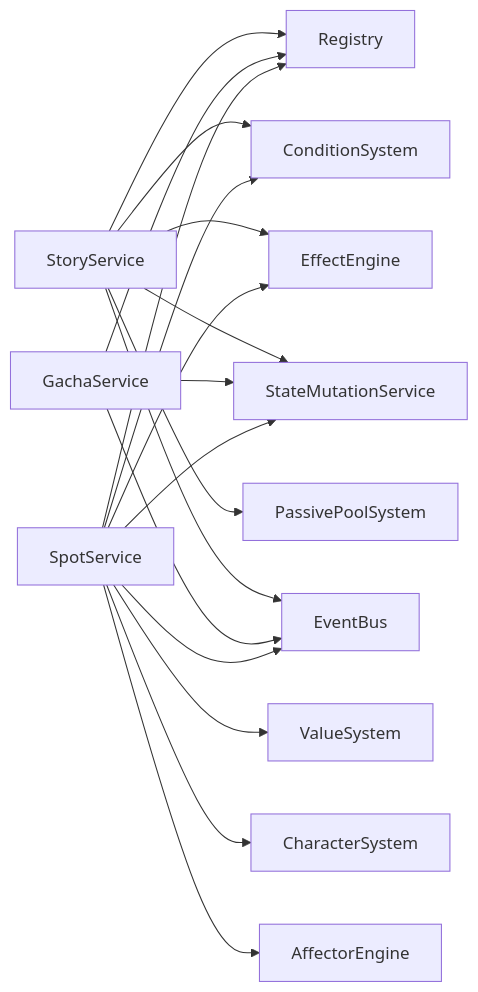
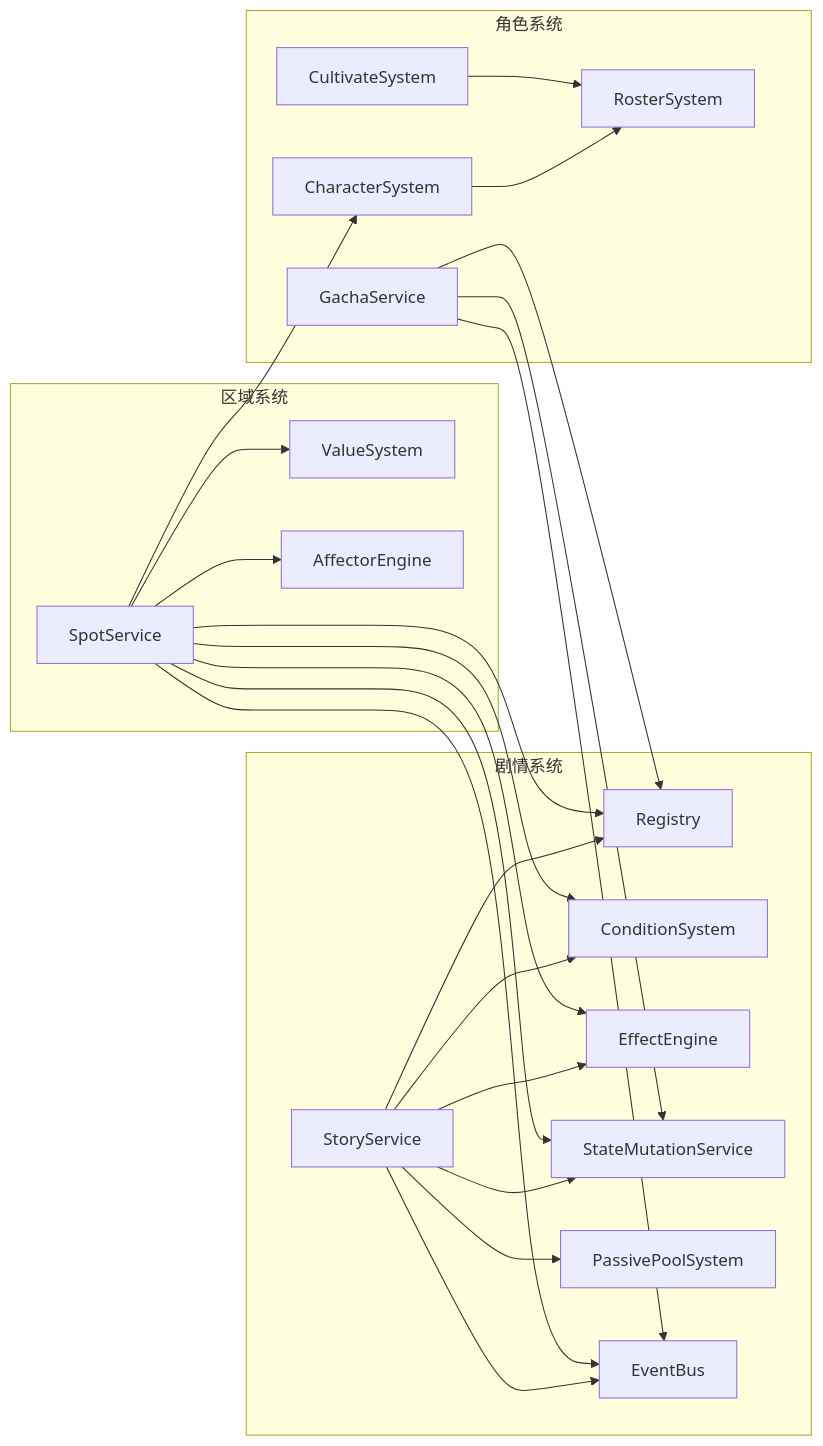
The sixth of 6 diagrams in .qoder/repowiki/zh/content/游戏系统/游戏系统.md (EsiLA9/Arona-Clicker), drawn with Mermaid before and after one commit. The commit also changed other lines of this file and 45 other files, not shown here.

````diff
--- a/.qoder/repowiki/zh/content/游戏系统/游戏系统.md
+++ b/.qoder/repowiki/zh/content/游戏系统/游戏系统.md
@@ -363,20 +345,28 @@
 ```mermaid
 graph LR
+subgraph "剧情系统"
 SS["StoryService"] --> REG["Registry"]
 SS --> CSYS["ConditionSystem"]
 SS --> EE["EffectEngine"]
 SS --> MS["StateMutationService"]
 SS --> PP["PassivePoolSystem"]
 SS --> EB["EventBus"]
+end
+subgraph "角色系统"
+CS["CharacterSystem"] --> RS["RosterSystem"]
 GS["GachaService"] --> REG
 GS --> MS
 GS --> EB
+CUS["CultivateSystem"] --> RS
+end
+subgraph "区域系统"
 SP["SpotService"] --> REG
 SP --> VS["ValueSystem"]
 SP --> CSYS
 SP --> MS
 SP --> EE
-SP --> CS["CharacterSystem"]
+SP --> CS
 SP --> AE["AffectorEngine"]
 SP --> EB
+end
 ```
````
